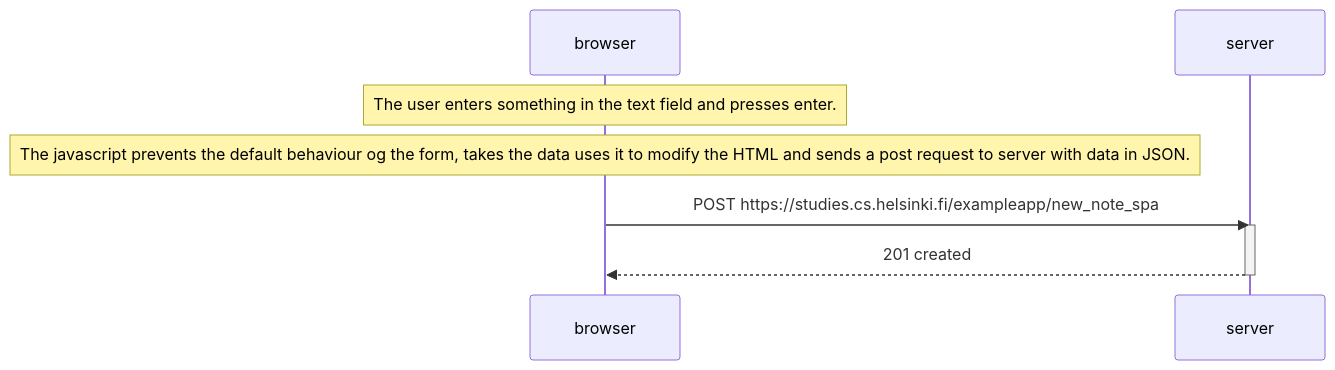
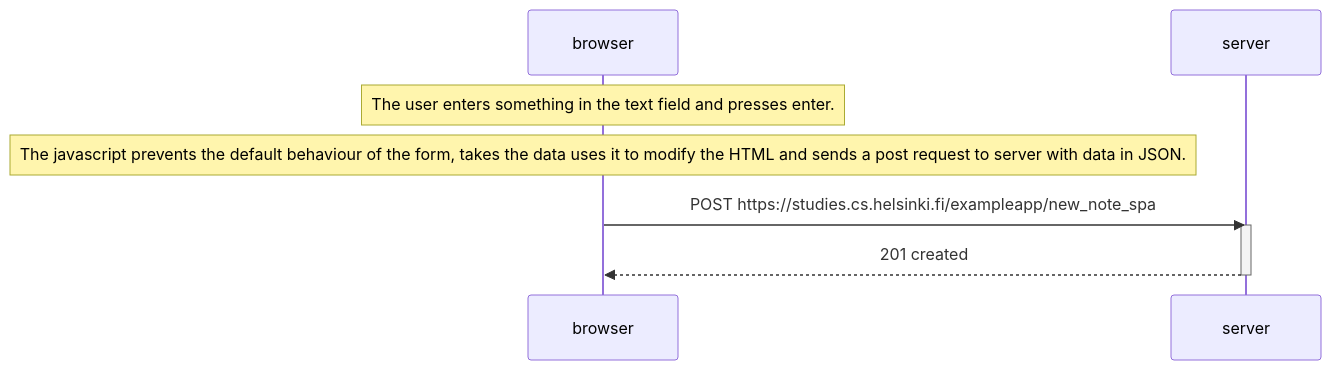
Before and after one commit to Ali-767/Full_Stack_Open: the diagram in Part 0/0.6: New note in Single page app diagram.md, drawn with Mermaid.

Commit message:
Update 0.6: New note in Single page app diagram.md

````diff
--- a/Part 0/0.6: New note in Single page app diagram.md
+++ b/Part 0/0.6: New note in Single page app diagram.md
@@ -1,14 +1,14 @@
 ```mermaid
 sequenceDiagram
     participant browser
     participant server
 
     Note over browser: The user enters something in the text field and presses enter.
-    Note over browser: The javascript prevents the default behaviour og the form, takes the data uses it to modify the HTML and sends a post request to server with data in JSON.
+    Note over browser: The javascript prevents the default behaviour of the form, takes the data uses it to modify the HTML and sends a post request to server with data in JSON.
 
     browser->>server: POST https://studies.cs.helsinki.fi/exampleapp/new_note_spa
     activate server
     server-->>browser: 201 created
     deactivate server
 
 ```
````
